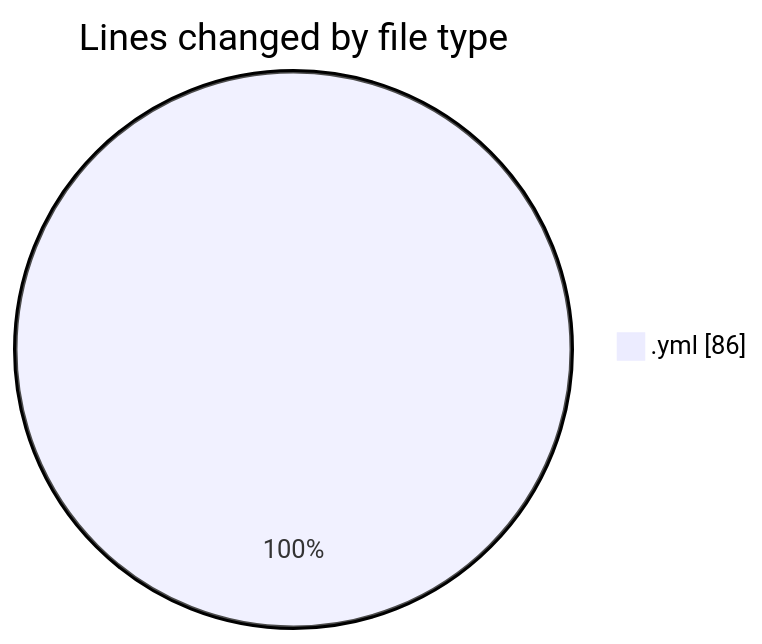
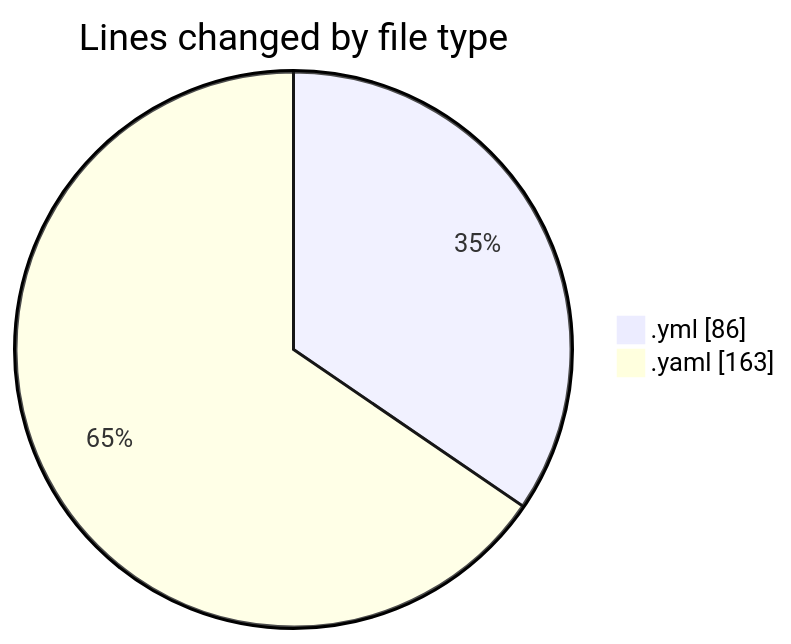
The first of 2 diagrams in 2025-08-08/studybuddy/README.md (lephambinh05/code-tracking), drawn with Mermaid before and after one commit. The commit also changed other lines of this file and 1 other file, not shown here.

````diff
--- a/2025-08-08/studybuddy/README.md
+++ b/2025-08-08/studybuddy/README.md
@@ -21,5 +22,6 @@
 ```mermaid
 pie showData
 title Lines changed by file type
 ".yml" : 86
+".yaml" : 163
 ```
````
